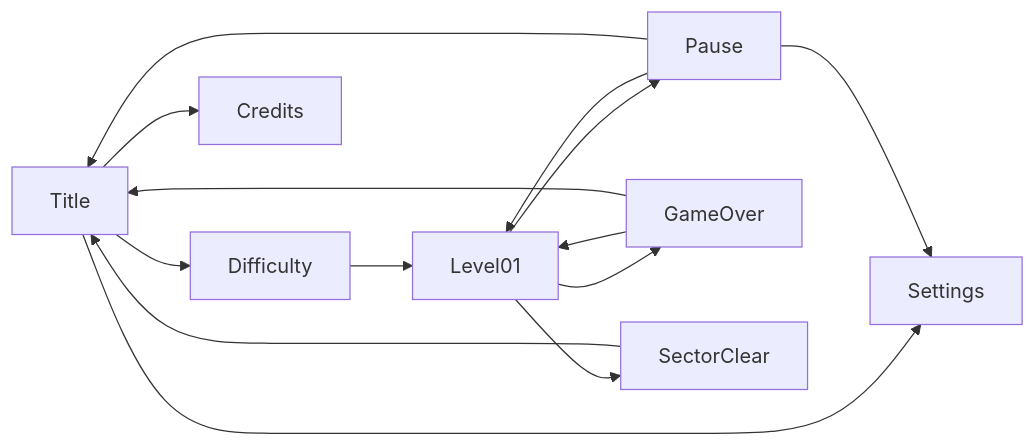
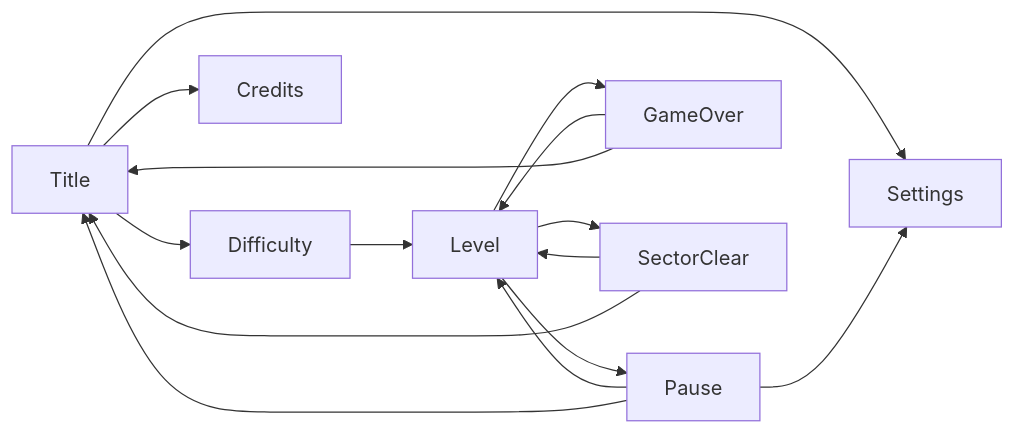
The diagram in YASS-2026/07 UI and UX/UI Flow and Screens.md (DFTGames/UnityMCPWorkflow), drawn with Mermaid before and after one commit. The commit also changed other lines of this file and 135 other files, not shown here.

````diff
--- a/YASS-2026/07 UI and UX/UI Flow and Screens.md
+++ b/YASS-2026/07 UI and UX/UI Flow and Screens.md
@@ -15,16 +15,17 @@
 ```mermaid
 flowchart LR
   Title --> Difficulty
   Title --> Settings
   Title --> Credits
-  Difficulty --> Level01
-  Level01 --> Pause
-  Pause --> Level01
+  Difficulty --> Level
+  Level --> Pause
+  Pause --> Level
   Pause --> Settings
   Pause --> Title
-  Level01 --> GameOver
-  Level01 --> SectorClear
-  GameOver --> Level01
+  Level --> GameOver
+  Level --> SectorClear
+  GameOver --> Level
+  SectorClear --> Level
   GameOver --> Title
   SectorClear --> Title
 ```
````
